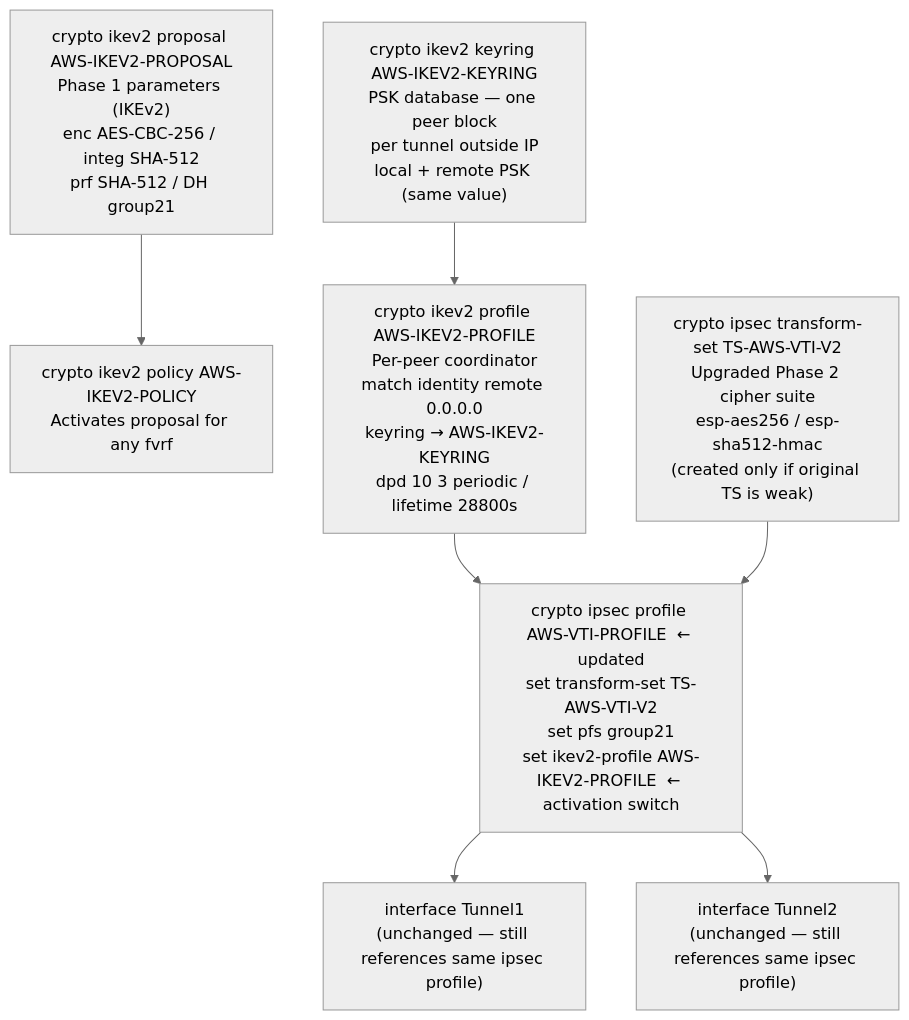
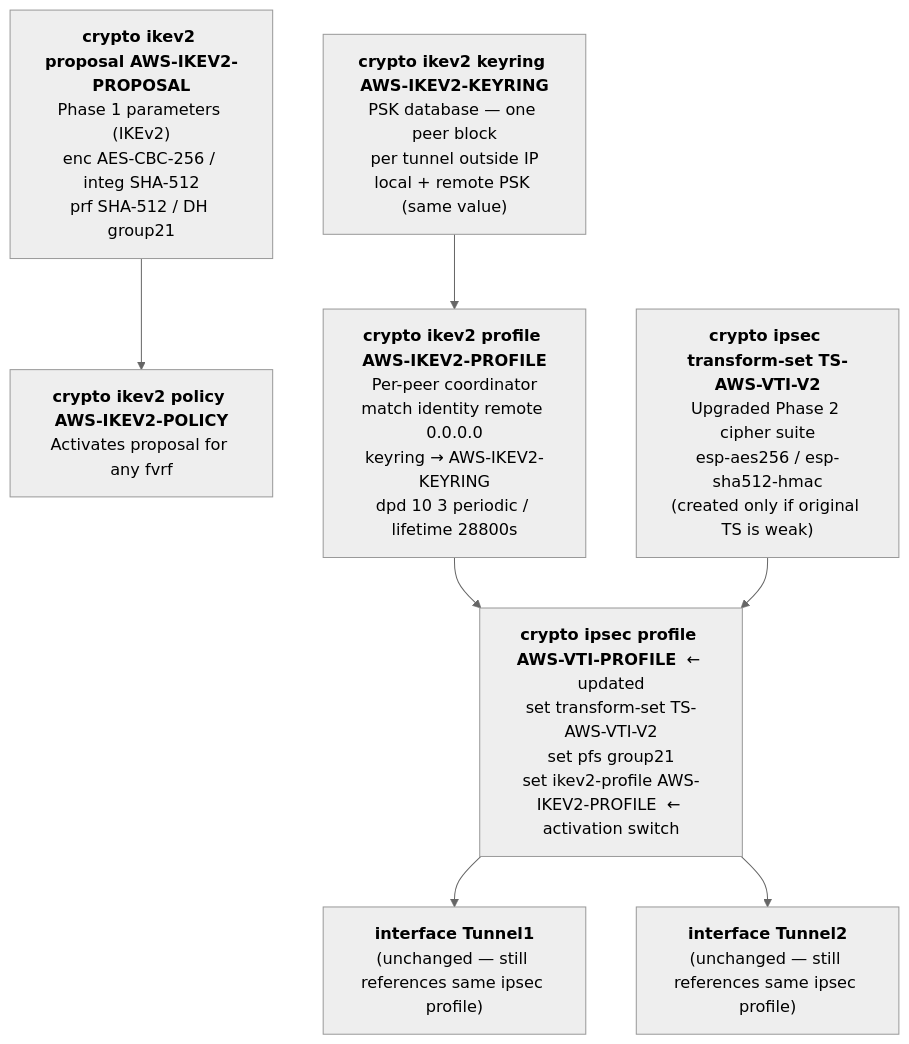
The third of 3 diagrams in DIAGRAMS.md (mindfury/cisco-ikev1-ikev2-migration), drawn with Mermaid (neutral theme) before and after one commit. The commit also changed other lines of this file, not shown here.

Commit message:
Bold object names in Mermaid dependency graph node labels

````diff
--- a/DIAGRAMS.md
+++ b/DIAGRAMS.md
@@ -121,24 +121,24 @@
 ```mermaid
 flowchart TD
     %% New IKEv2 objects
-    PROP2["crypto ikev2 proposal AWS-IKEV2-PROPOSAL<br/>Phase 1 parameters (IKEv2)<br/>enc AES-CBC-256 / integ SHA-512<br/>prf SHA-512 / DH group21"]
-    POL2["crypto ikev2 policy AWS-IKEV2-POLICY<br/>Activates proposal for any fvrf"]
-    KR["crypto ikev2 keyring AWS-IKEV2-KEYRING<br/>PSK database — one peer block<br/>per tunnel outside IP<br/>local + remote PSK (same value)"]
-    IKV2PROF["crypto ikev2 profile AWS-IKEV2-PROFILE<br/>Per-peer coordinator<br/>match identity remote 0.0.0.0<br/>keyring → AWS-IKEV2-KEYRING<br/>dpd 10 3 periodic / lifetime 28800s"]
-    TSV2["crypto ipsec transform-set TS-AWS-VTI-V2<br/>Upgraded Phase 2 cipher suite<br/>esp-aes256 / esp-sha512-hmac<br/>(created only if original TS is weak)"]
+    PROP2["<b>crypto ikev2 proposal AWS-IKEV2-PROPOSAL</b><br/>Phase 1 parameters (IKEv2)<br/>enc AES-CBC-256 / integ SHA-512<br/>prf SHA-512 / DH group21"]
+    POL2["<b>crypto ikev2 policy AWS-IKEV2-POLICY</b><br/>Activates proposal for any fvrf"]
+    KR["<b>crypto ikev2 keyring AWS-IKEV2-KEYRING</b><br/>PSK database — one peer block<br/>per tunnel outside IP<br/>local + remote PSK (same value)"]
+    IKV2PROF["<b>crypto ikev2 profile AWS-IKEV2-PROFILE</b><br/>Per-peer coordinator<br/>match identity remote 0.0.0.0<br/>keyring → AWS-IKEV2-KEYRING<br/>dpd 10 3 periodic / lifetime 28800s"]
+    TSV2["<b>crypto ipsec transform-set TS-AWS-VTI-V2</b><br/>Upgraded Phase 2 cipher suite<br/>esp-aes256 / esp-sha512-hmac<br/>(created only if original TS is weak)"]
 
     %% Updated existing object
-    PROFUPD["crypto ipsec profile AWS-VTI-PROFILE  ← updated<br/>set transform-set TS-AWS-VTI-V2<br/>set pfs group21<br/>set ikev2-profile AWS-IKEV2-PROFILE  ← activation switch"]
+    PROFUPD["<b>crypto ipsec profile AWS-VTI-PROFILE</b>  ← updated<br/>set transform-set TS-AWS-VTI-V2<br/>set pfs group21<br/>set ikev2-profile AWS-IKEV2-PROFILE  ← activation switch"]
 
     %% Tunnel interfaces — unchanged but now governed by IKEv2
-    T1U["interface Tunnel1<br/>(unchanged — still references same ipsec profile)"]
-    T2U["interface Tunnel2<br/>(unchanged — still references same ipsec profile)"]
+    T1U["<b>interface Tunnel1</b><br/>(unchanged — still references same ipsec profile)"]
+    T2U["<b>interface Tunnel2</b><br/>(unchanged — still references same ipsec profile)"]
 
     %% Edges
     PROP2 --> POL2
     KR --> IKV2PROF
     IKV2PROF --> PROFUPD
     TSV2 --> PROFUPD
     PROFUPD --> T1U
     PROFUPD --> T2U
 ```
````
